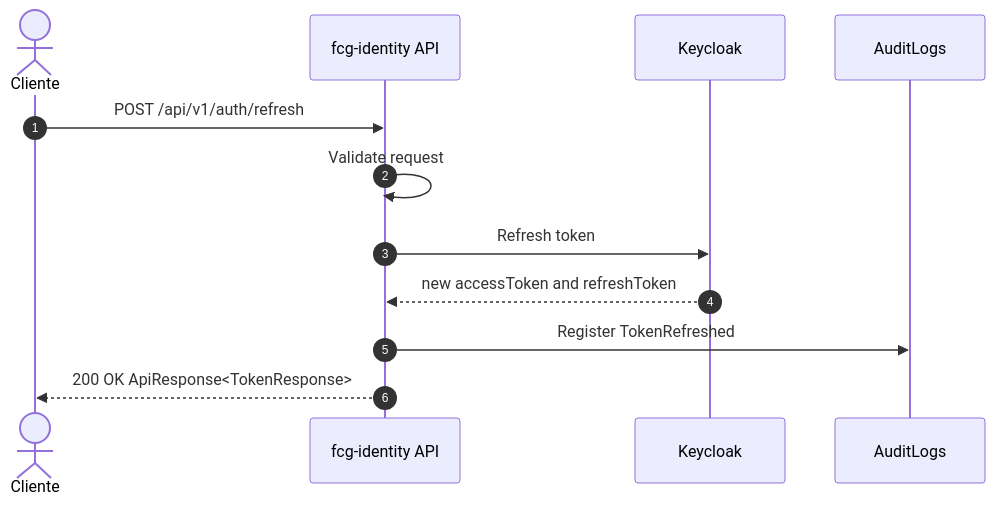
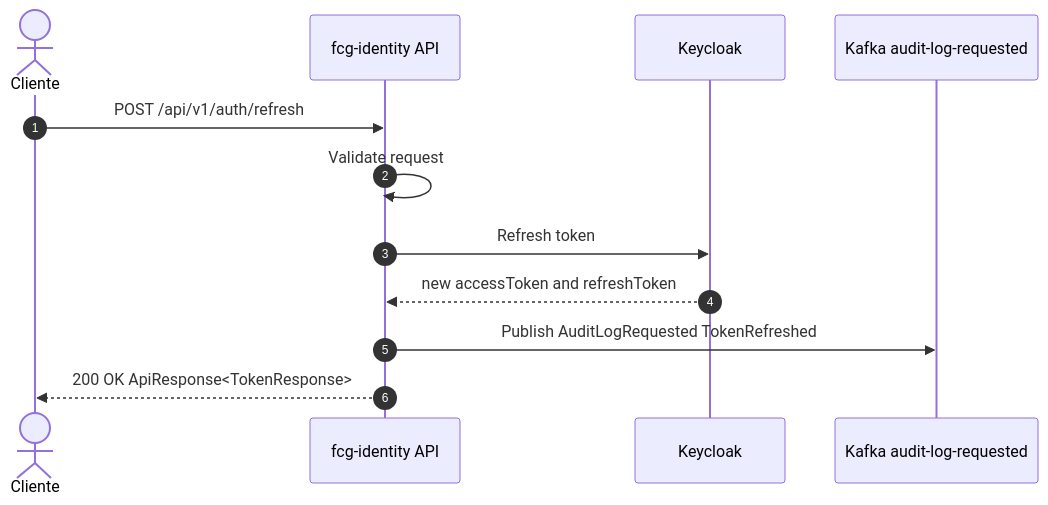
Before and after one commit to group10-tc-01/fcs-fase05-docs: the fifth of 30 diagrams in architecture/endpoint-flows.md, drawn with Mermaid. The commit also changed other lines of this file and 15 other files, not shown here.

````diff
--- a/architecture/endpoint-flows.md
+++ b/architecture/endpoint-flows.md
@@ -95,15 +95,15 @@
 ```mermaid
 sequenceDiagram
     autonumber
     actor Client as Cliente
     participant IdentityApi as fcg-identity API
     participant Keycloak as Keycloak
-    participant Audit as AuditLogs
+    participant AuditKafka as Kafka audit-log-requested
 
     Client->>IdentityApi: POST /api/v1/auth/refresh
     IdentityApi->>IdentityApi: Validate request
     IdentityApi->>Keycloak: Refresh token
     Keycloak-->>IdentityApi: new accessToken and refreshToken
-    IdentityApi->>Audit: Register TokenRefreshed
+    IdentityApi->>AuditKafka: Publish AuditLogRequested TokenRefreshed
     IdentityApi-->>Client: 200 OK ApiResponse<TokenResponse>
 ```
````
